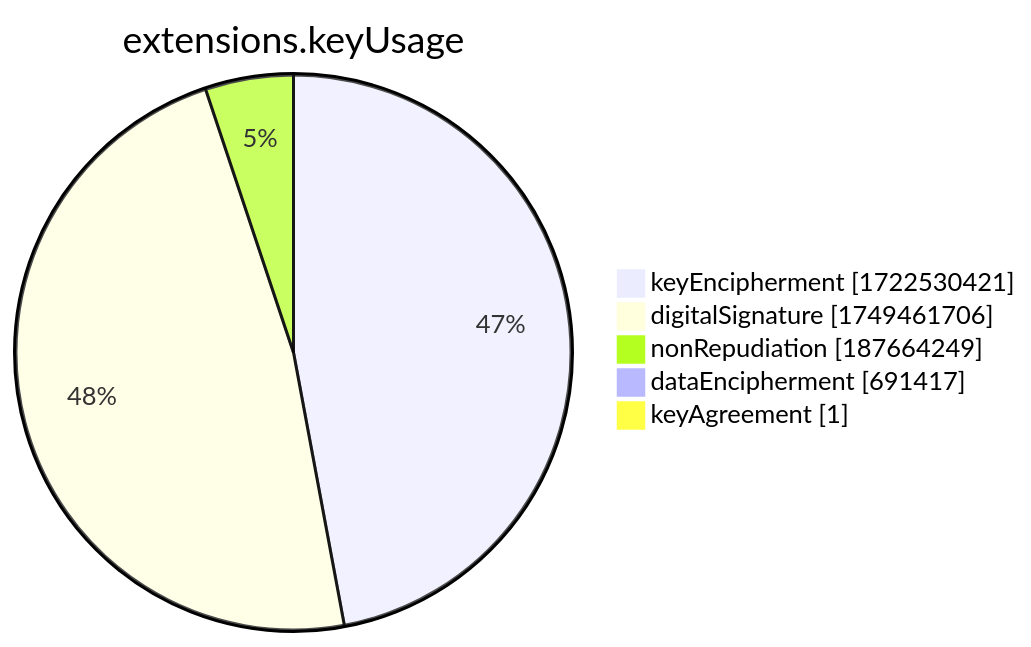
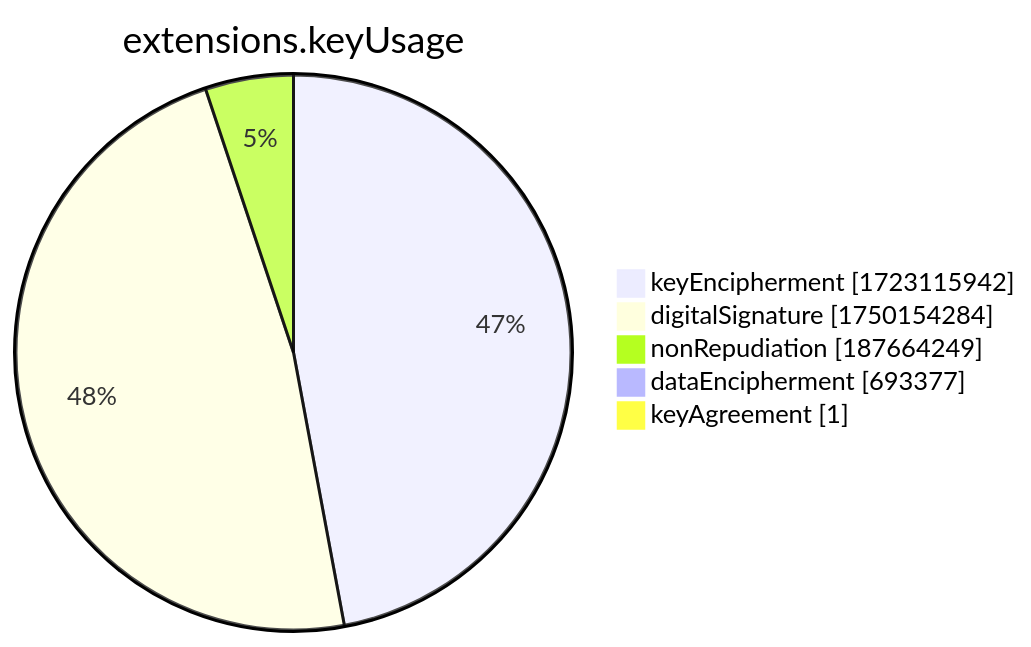
The seventh of 15 diagrams in xenon2022/README.md (christiankrug/ctmonitor_visualization), drawn with Mermaid before and after one commit. The commit also changed other lines of this file, not shown here.

````diff
--- a/xenon2022/README.md
+++ b/xenon2022/README.md
@@ -2858,9 +2859,9 @@
 ```mermaid
 pie showData
 title extensions.keyUsage
-"keyEncipherment" :1722530421
-"digitalSignature" :1749461706
+"keyEncipherment" :1723115942
+"digitalSignature" :1750154284
 "nonRepudiation" :187664249
-"dataEncipherment" :691417
+"dataEncipherment" :693377
 "keyAgreement" :1
 ```
````
